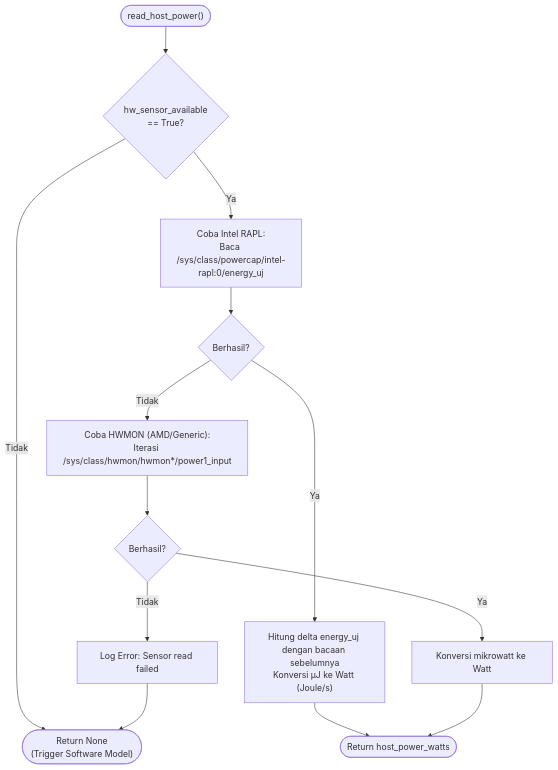
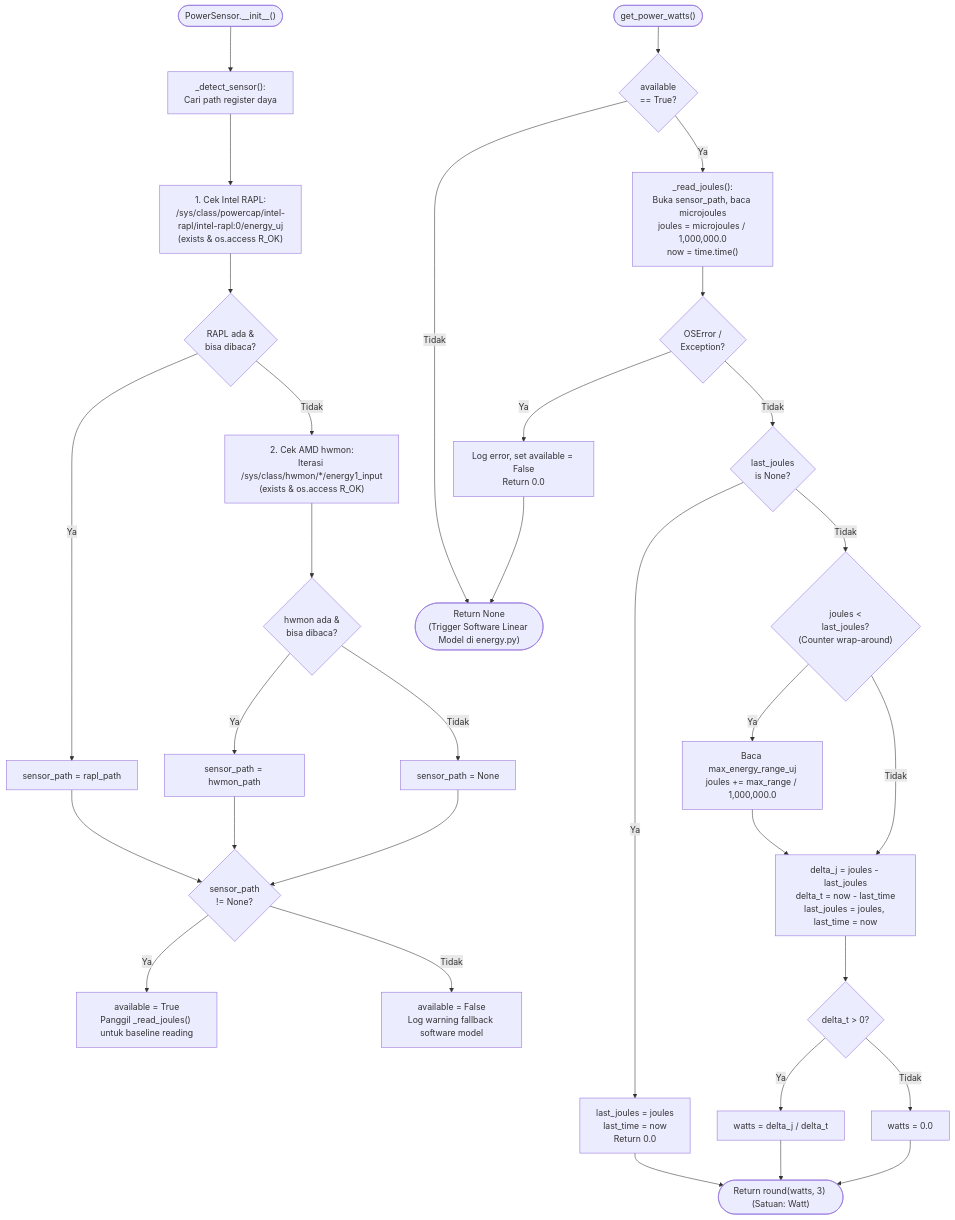
One commit to fauzanreza/green-container-framework changed the first of 2 diagrams in architecture-diagrams/layer-1-profiler/03_hardware_sensor.md. Above: the diagram before and after it, drawn with Mermaid. The commit also changed other lines of this file and 18 other files, not shown here.

````diff
--- a/architecture-diagrams/layer-1-profiler/03_hardware_sensor.md
+++ b/architecture-diagrams/layer-1-profiler/03_hardware_sensor.md
@@ -9,37 +9,79 @@
 ```mermaid
 flowchart TD
-    START(["read_host_power()"])
+    START(["PowerSensor.__init__()"])
 
-    AVAILABLE{"hw_sensor_available<br/>== True?"}
-    NOT_AVAILABLE(["Return None<br/>(Trigger Software Model)"])
+    DETECT["_detect_sensor():<br/>Cari path register daya"]
 
-    TRY_RAPL["Coba Intel RAPL:<br/>Baca /sys/class/powercap/intel-rapl:0/energy_uj"]
-    RAPL_SUCCESS{"Berhasil?"}
+    CHECK_RAPL["1. Cek Intel RAPL:<br/>/sys/class/powercap/intel-rapl/intel-rapl:0/energy_uj<br/>(exists & os.access R_OK)"]
+    RAPL_FOUND{"RAPL ada &<br/>bisa dibaca?"}
+    SET_RAPL["sensor_path = rapl_path"]
 
-    CALC_RAPL["Hitung delta energy_uj dengan bacaan sebelumnya<br/>Konversi µJ ke Watt (Joule/s)"]
+    CHECK_HWMON["2. Cek AMD hwmon:<br/>Iterasi /sys/class/hwmon/*/energy1_input<br/>(exists & os.access R_OK)"]
+    HWMON_FOUND{"hwmon ada &<br/>bisa dibaca?"}
+    SET_HWMON["sensor_path = hwmon_path"]
+    NO_SENSOR["sensor_path = None"]
 
-    TRY_HWMON["Coba HWMON (AMD/Generic):<br/>Iterasi /sys/class/hwmon/hwmon*/power1_input"]
-    HWMON_SUCCESS{"Berhasil?"}
+    INIT_CHECK{"sensor_path<br/>!= None?"}
+    SET_AVAIL_TRUE["available = True<br/>Panggil _read_joules() untuk baseline reading"]
+    SET_AVAIL_FALSE["available = False<br/>Log warning fallback software model"]
 
-    CALC_HWMON["Konversi mikrowatt ke Watt"]
+    READ_START(["get_power_watts()"])
+    CHECK_ACTIVE{"available<br/>== True?"}
+    RETURN_NONE(["Return None<br/>(Trigger Software Linear Model di energy.py)"])
 
-    NO_SENSOR["Log Error: Sensor read failed"]
+    READ_JOULES["_read_joules():<br/>Buka sensor_path, baca microjoules<br/>joules = microjoules / 1,000,000.0<br/>now = time.time()"]
+    FIRST_READ{"last_joules<br/>is None?"}
+    SET_BASELINE["last_joules = joules<br/>last_time = now<br/>Return 0.0"]
 
-    RETURN_POWER(["Return host_power_watts"])
+    WRAP_CHECK{"joules &lt;<br/>last_joules?<br/>(Counter wrap-around)"}
+    UNWRAP["Baca max_energy_range_uj<br/>joules += max_range / 1,000,000.0"]
 
-    START --> AVAILABLE
-    AVAILABLE -->|Tidak| NOT_AVAILABLE
-    AVAILABLE -->|Ya| TRY_RAPL
+    CALC_DELTA["delta_j = joules - last_joules<br/>delta_t = now - last_time<br/>last_joules = joules, last_time = now"]
+    DELTA_TIME{"delta_t &gt; 0?"}
+    CALC_WATTS["watts = delta_j / delta_t"]
+    ZERO_WATTS["watts = 0.0"]
 
-    TRY_RAPL --> RAPL_SUCCESS
-    RAPL_SUCCESS -->|Ya| CALC_RAPL
-    RAPL_SUCCESS -->|Tidak| TRY_HWMON
+    READ_ERROR{"OSError /<br/>Exception?"}
+    HANDLE_ERR["Log error, set available = False<br/>Return 0.0"]
 
-    TRY_HWMON --> HWMON_SUCCESS
-    HWMON_SUCCESS -->|Ya| CALC_HWMON
-    HWMON_SUCCESS -->|Tidak| NO_SENSOR
+    RETURN_WATTS(["Return round(watts, 3) (Satuan: Watt)"])
 
-    CALC_RAPL --> RETURN_POWER
-    CALC_HWMON --> RETURN_POWER
-    NO_SENSOR --> NOT_AVAILABLE
+    START --> DETECT
+    DETECT --> CHECK_RAPL
+    CHECK_RAPL --> RAPL_FOUND
+    RAPL_FOUND -->|Ya| SET_RAPL
+    RAPL_FOUND -->|Tidak| CHECK_HWMON
+    CHECK_HWMON --> HWMON_FOUND
+    HWMON_FOUND -->|Ya| SET_HWMON
+    HWMON_FOUND -->|Tidak| NO_SENSOR
+
+    SET_RAPL --> INIT_CHECK
+    SET_HWMON --> INIT_CHECK
+    NO_SENSOR --> INIT_CHECK
+
+    INIT_CHECK -->|Ya| SET_AVAIL_TRUE
+    INIT_CHECK -->|Tidak| SET_AVAIL_FALSE
+
+    READ_START --> CHECK_ACTIVE
+    CHECK_ACTIVE -->|Tidak| RETURN_NONE
+    CHECK_ACTIVE -->|Ya| READ_JOULES
+
+    READ_JOULES --> READ_ERROR
+    READ_ERROR -->|Ya| HANDLE_ERR
+    HANDLE_ERR --> RETURN_NONE
+    READ_ERROR -->|Tidak| FIRST_READ
+
+    FIRST_READ -->|Ya| SET_BASELINE
+    SET_BASELINE --> RETURN_WATTS
+    FIRST_READ -->|Tidak| WRAP_CHECK
+
+    WRAP_CHECK -->|Ya| UNWRAP
+    WRAP_CHECK -->|Tidak| CALC_DELTA
+    UNWRAP --> CALC_DELTA
+
+    CALC_DELTA --> DELTA_TIME
+    DELTA_TIME -->|Ya| CALC_WATTS
+    DELTA_TIME -->|Tidak| ZERO_WATTS
+    CALC_WATTS --> RETURN_WATTS
+    ZERO_WATTS --> RETURN_WATTS
 ```
````
